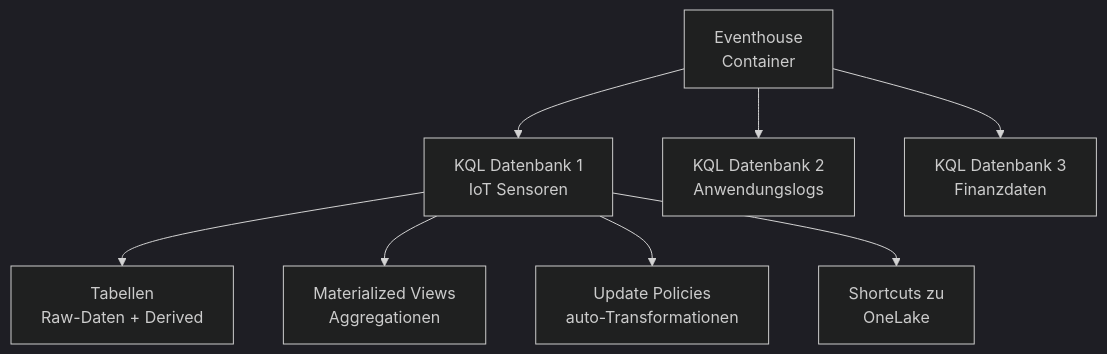
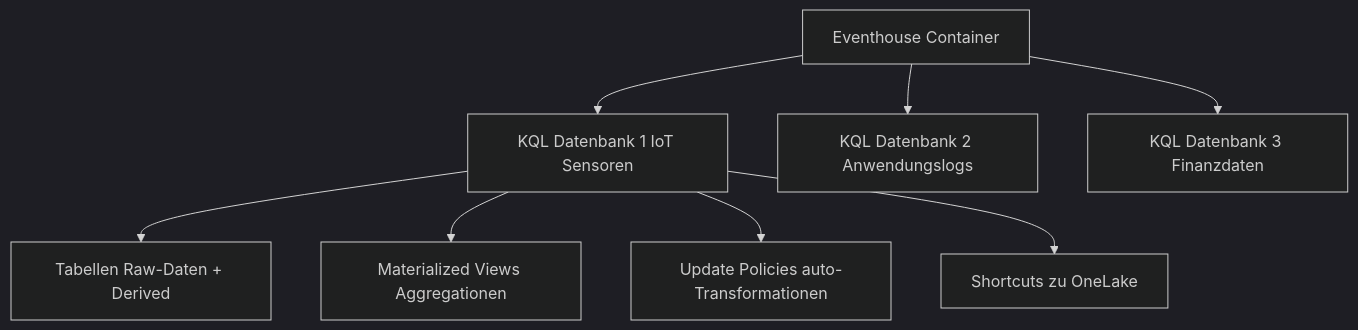
The third of 5 diagrams in Microsoft 365/Azure/Fabric/Fabric Real-Time Intelligence.md (SoniiiT/notes-n-docs), drawn with Mermaid (dark theme) before and after one commit. The commit also changed other lines of this file and 124 other files, not shown here.

First line of the commit message:
fix: Entferne \n aus allen Mermaid-Diagrammen (125 Dateien)

````diff
--- a/Microsoft 365/Azure/Fabric/Fabric Real-Time Intelligence.md
+++ b/Microsoft 365/Azure/Fabric/Fabric Real-Time Intelligence.md
@@ -122,12 +122,12 @@
 ```mermaid
 graph TD
-    EH[Eventhouse\nContainer]
-    EH --> KDB1[KQL Datenbank 1\nIoT Sensoren]
-    EH --> KDB2[KQL Datenbank 2\nAnwendungslogs]
-    EH --> KDB3[KQL Datenbank 3\nFinanzdaten]
+    EH[Eventhouse Container]
+    EH --> KDB1[KQL Datenbank 1 IoT Sensoren]
+    EH --> KDB2[KQL Datenbank 2 Anwendungslogs]
+    EH --> KDB3[KQL Datenbank 3 Finanzdaten]
     
-    KDB1 --> TAB1[Tabellen\nRaw-Daten + Derived]
-    KDB1 --> MAT[Materialized Views\nAggregationen]
-    KDB1 --> UPD[Update Policies\nauto-Transformationen]
-    KDB1 --> SC[Shortcuts zu\nOneLake]
+    KDB1 --> TAB1[Tabellen Raw-Daten + Derived]
+    KDB1 --> MAT[Materialized Views Aggregationen]
+    KDB1 --> UPD[Update Policies auto-Transformationen]
+    KDB1 --> SC[Shortcuts zu OneLake]
 ```
````
